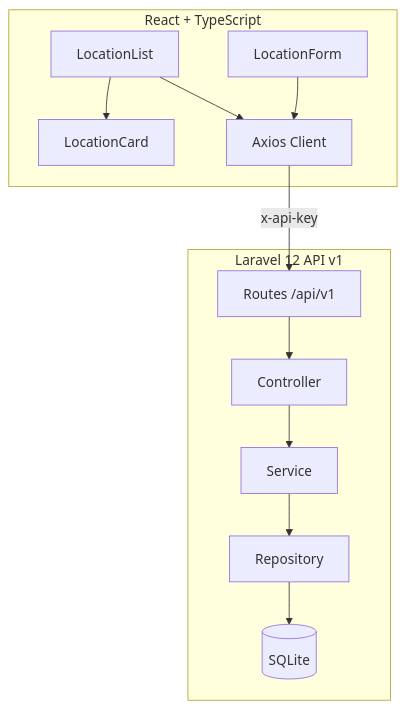
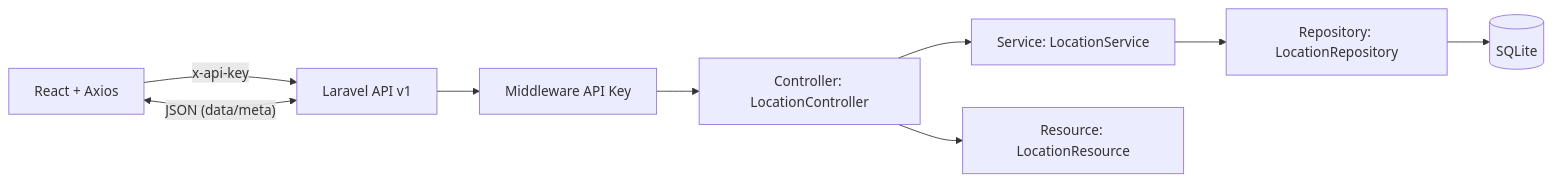
The first of 2 diagrams in README.md (juancjaramillo/gestor_sedes), drawn with Mermaid before and after one commit. The commit also changed other lines of this file and 2 other files, not shown here.

````diff
--- a/README.md
+++ b/README.md
@@ -403,16 +220,11 @@
 ```mermaid
-flowchart TD
-  subgraph Frontend[React + TypeScript]
-    L1[LocationList] --> LC[LocationCard]
-    L1 --> AX[Axios Client]
-    LF[LocationForm] --> AX
-  end
-
-  subgraph Backend[Laravel 12 API v1]
-    AX -->|x-api-key| RT[Routes /api/v1]
-    RT --> CT[Controller]
-    CT --> SV[Service]
-    SV --> RP[Repository]
-    RP --> DB[(SQLite)]
-  end
+flowchart LR
+  A[React + Axios] -- x-api-key --> B[Laravel API v1]
+  B --> C[Middleware API Key]
+  C --> D[Controller: LocationController]
+  D --> E[Service: LocationService]
+  E --> F[Repository: LocationRepository]
+  F --> G[(SQLite)]
+  D --> H[Resource: LocationResource]
+  B <-- JSON (data/meta) --> A
 ```
````
